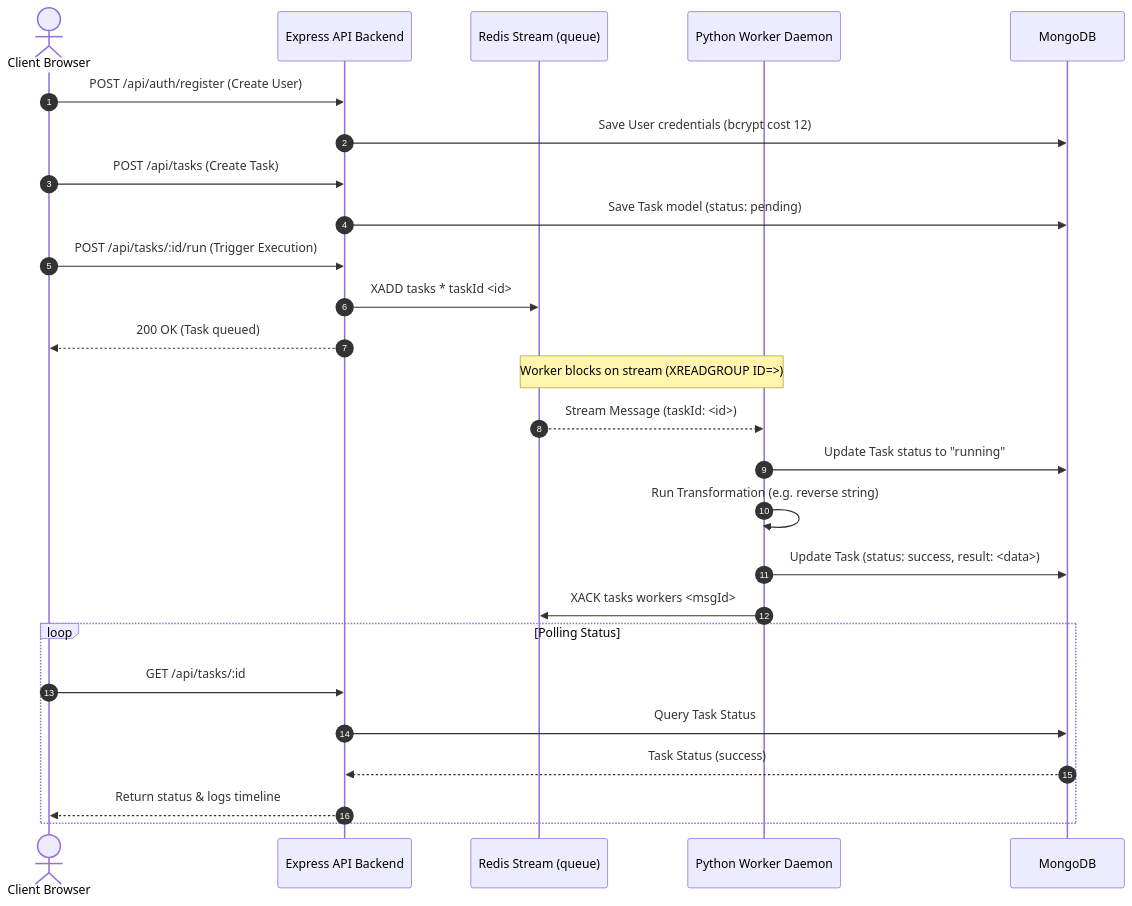
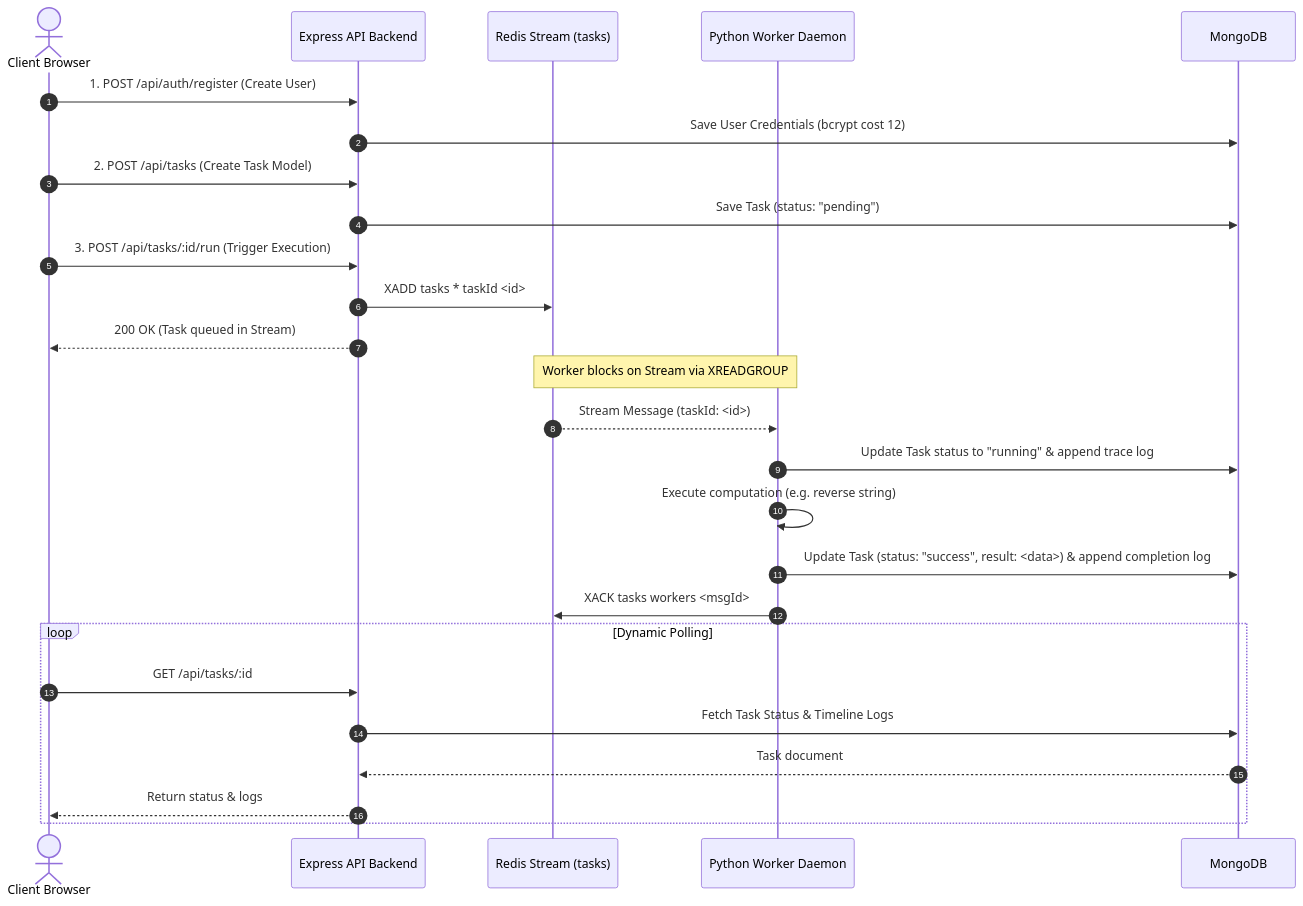
One commit to PrasannaMehata/task-platform-app changed the diagram in ARCHITECTURE.md. Above: the diagram before and after it, drawn with Mermaid. The commit also changed other lines of this file and 4 other files, not shown here.

Commit message:
refactor: fix dashboard visibility, configure unprivileged non-root frontend container, and expand system architecture doc

````diff
--- a/ARCHITECTURE.md
+++ b/ARCHITECTURE.md
@@ -11,31 +11,31 @@
 ```mermaid
 sequenceDiagram
     autonumber
     actor User as Client Browser
     participant API as Express API Backend
-    participant Redis as Redis Stream (queue)
+    participant Redis as Redis Stream (tasks)
     participant Worker as Python Worker Daemon
     participant DB as MongoDB
 
-    User->>API: POST /api/auth/register (Create User)
-    API->>DB: Save User credentials (bcrypt cost 12)
-    User->>API: POST /api/tasks (Create Task)
-    API->>DB: Save Task model (status: pending)
-    User->>API: POST /api/tasks/:id/run (Trigger Execution)
+    User->>API: 1. POST /api/auth/register (Create User)
+    API->>DB: Save User Credentials (bcrypt cost 12)
+    User->>API: 2. POST /api/tasks (Create Task Model)
+    API->>DB: Save Task (status: "pending")
+    User->>API: 3. POST /api/tasks/:id/run (Trigger Execution)
     API->>Redis: XADD tasks * taskId <id>
-    API-->>User: 200 OK (Task queued)
+    API-->>User: 200 OK (Task queued in Stream)
     
-    Note over Worker, Redis: Worker blocks on stream (XREADGROUP ID=>)
+    Note over Worker, Redis: Worker blocks on Stream via XREADGROUP
     Redis-->>Worker: Stream Message (taskId: <id>)
-    Worker->>DB: Update Task status to "running"
-    Worker->>Worker: Run Transformation (e.g. reverse string)
-    Worker->>DB: Update Task (status: success, result: <data>)
+    Worker->>DB: Update Task status to "running" & append trace log
+    Worker->>Worker: Execute computation (e.g. reverse string)
+    Worker->>DB: Update Task (status: "success", result: <data>) & append completion log
     Worker->>Redis: XACK tasks workers <msgId>
     
-    loop Polling Status
+    loop Dynamic Polling
         User->>API: GET /api/tasks/:id
-        API->>DB: Query Task Status
-        DB-->>API: Task Status (success)
-        API-->>User: Return status & logs timeline
+        API->>DB: Fetch Task Status & Timeline Logs
+        DB-->>API: Task document
+        API-->>User: Return status & logs
     end
 ```
````
